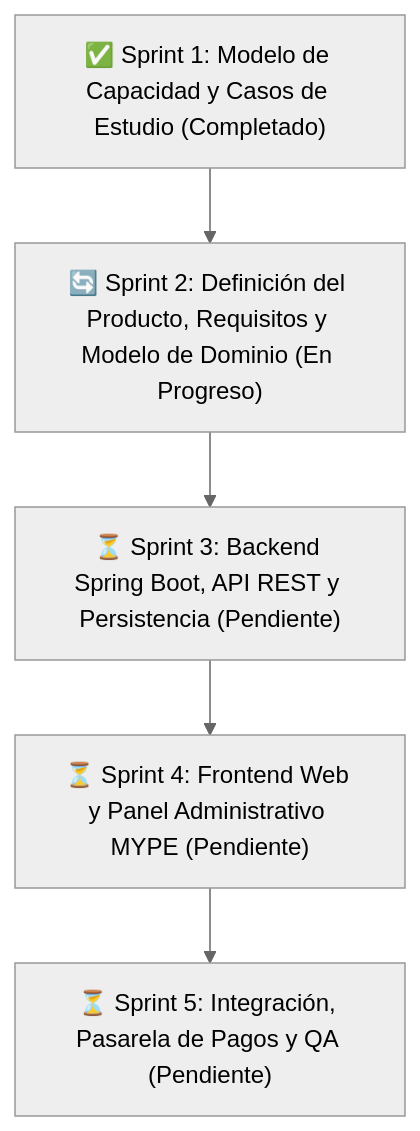
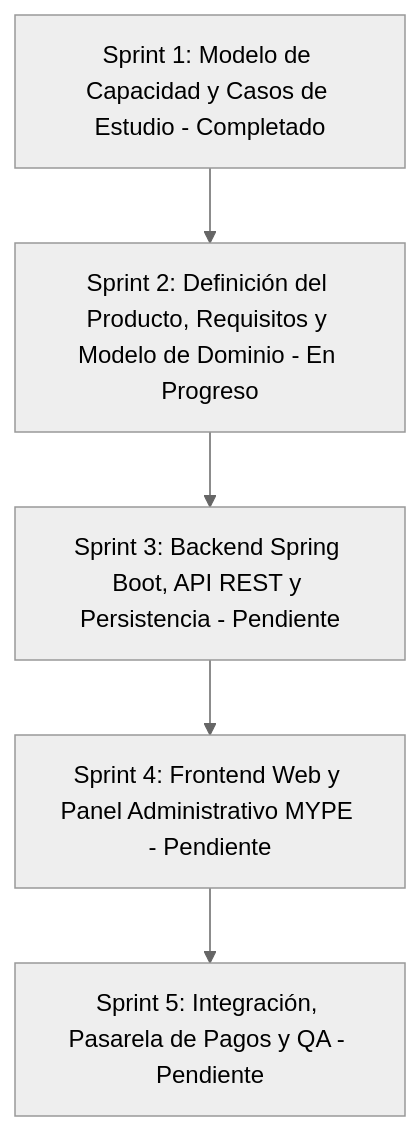
The second of 2 diagrams in README.md (iJosueeh/jaldishop), drawn with Mermaid (neutral theme) before and after one commit. The commit also changed other lines of this file and 2 other files, not shown here.

````diff
--- a/README.md
+++ b/README.md
@@ -104,10 +104,10 @@
 ```mermaid
 flowchart TD
-    S1["✅ Sprint 1: Modelo de Capacidad y Casos de Estudio (Completado)"]
-    S2["🔄 Sprint 2: Definición del Producto, Requisitos y Modelo de Dominio (En Progreso)"]
-    S3["⏳ Sprint 3: Backend Spring Boot, API REST y Persistencia (Pendiente)"]
-    S4["⏳ Sprint 4: Frontend Web y Panel Administrativo MYPE (Pendiente)"]
-    S5["⏳ Sprint 5: Integración, Pasarela de Pagos y QA (Pendiente)"]
+    S1["Sprint 1: Modelo de Capacidad y Casos de Estudio - Completado"]
+    S2["Sprint 2: Definición del Producto, Requisitos y Modelo de Dominio - En Progreso"]
+    S3["Sprint 3: Backend Spring Boot, API REST y Persistencia - Pendiente"]
+    S4["Sprint 4: Frontend Web y Panel Administrativo MYPE - Pendiente"]
+    S5["Sprint 5: Integración, Pasarela de Pagos y QA - Pendiente"]
 
     S1 --> S2 --> S3 --> S4 --> S5
 ```
````
